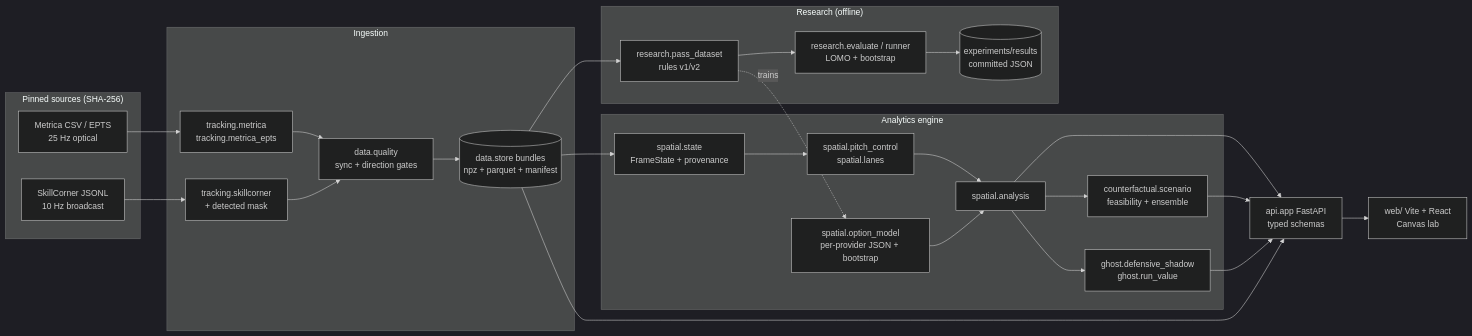
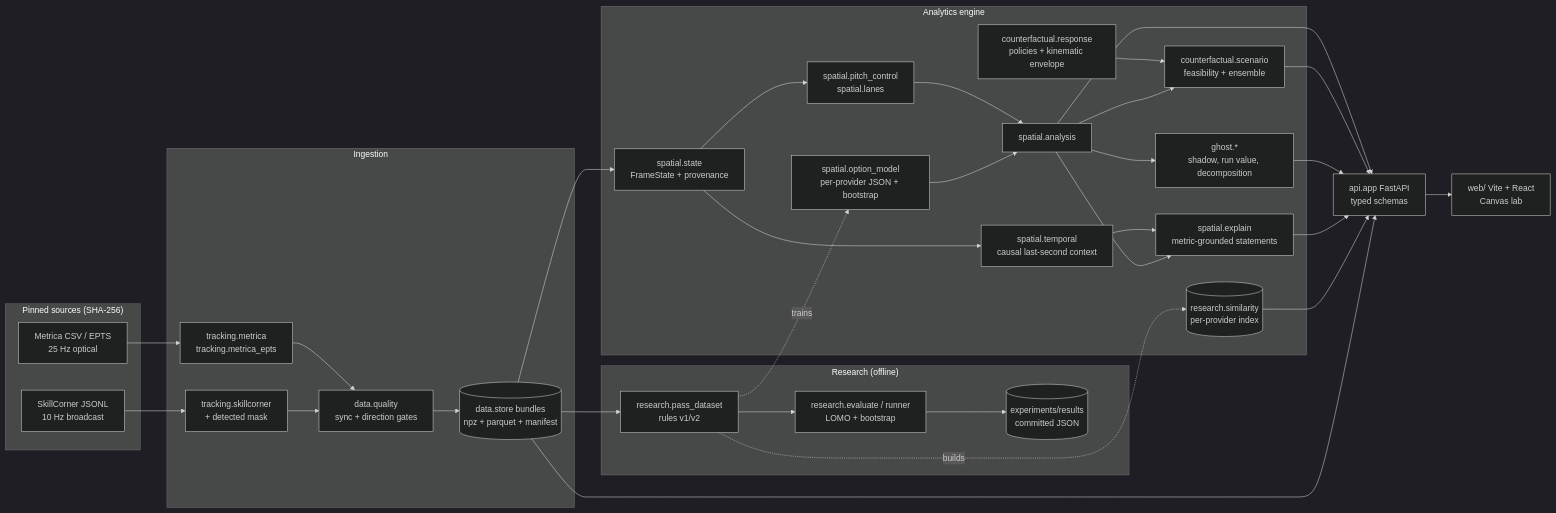
Before and after one commit to co-rtex/footymind: the diagram in docs/ARCHITECTURE.md, drawn with Mermaid (dark theme). The commit also changed other lines of this file, not shown here.

Commit message:
Architecture: temporal, explanations, similarity, response policies, new endpoints

````diff
--- a/docs/ARCHITECTURE.md
+++ b/docs/ARCHITECTURE.md
@@ -7,42 +7,52 @@
 ```mermaid
 flowchart LR
   subgraph Sources["Pinned sources (SHA-256)"]
     M[Metrica CSV / EPTS<br/>25 Hz optical]
     S[SkillCorner JSONL<br/>10 Hz broadcast]
   end
   subgraph Ingest["Ingestion"]
     A1[tracking.metrica<br/>tracking.metrica_epts]
     A2[tracking.skillcorner<br/>+ detected mask]
     Q[data.quality<br/>sync + direction gates]
     B[(data.store bundles<br/>npz + parquet + manifest)]
   end
   subgraph Engine["Analytics engine"]
     FS[spatial.state<br/>FrameState + provenance]
     PC[spatial.pitch_control<br/>spatial.lanes]
     OM[spatial.option_model<br/>per-provider JSON + bootstrap]
     AN[spatial.analysis]
+    TE[spatial.temporal<br/>causal last-second context]
+    EX[spatial.explain<br/>metric-grounded statements]
+    RP[counterfactual.response<br/>policies + kinematic envelope]
     SC[counterfactual.scenario<br/>feasibility + ensemble]
-    GV[ghost.defensive_shadow<br/>ghost.run_value]
+    GV[ghost.*<br/>shadow, run value, decomposition]
+    SIM[(research.similarity<br/>per-provider index)]
   end
   subgraph Research["Research (offline)"]
     DS[research.pass_dataset<br/>rules v1/v2]
     EV[research.evaluate / runner<br/>LOMO + bootstrap]
     R[(experiments/results<br/>committed JSON)]
   end
   API[api.app FastAPI<br/>typed schemas]
   WEB[web/ Vite + React<br/>Canvas lab]
   M --> A1 --> Q
   S --> A2 --> Q
   Q --> B --> FS
   FS --> PC --> AN
   OM --> AN
+  FS --> TE --> EX
+  AN --> EX
+  RP --> SC
   AN --> SC
   AN --> GV
+  DS -. builds .-> SIM
   B --> DS --> EV --> R
   DS -. trains .-> OM
   AN --> API
   SC --> API
   GV --> API
+  EX --> API
+  SIM --> API
   B --> API
   API --> WEB
 ```
````
